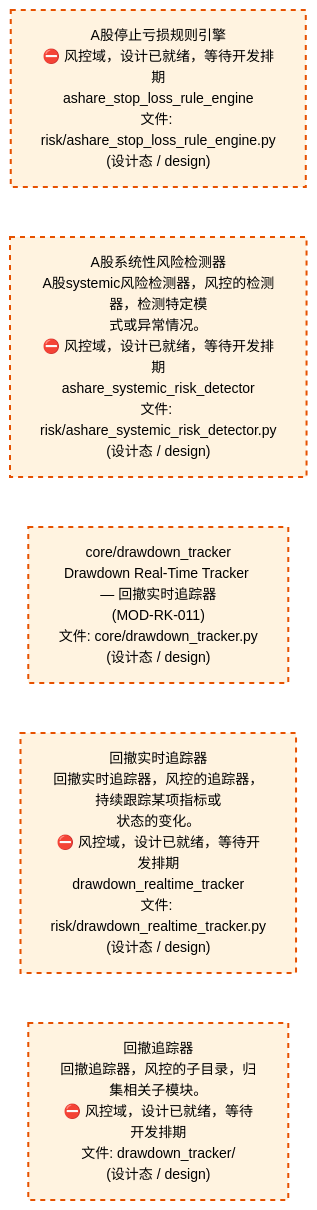
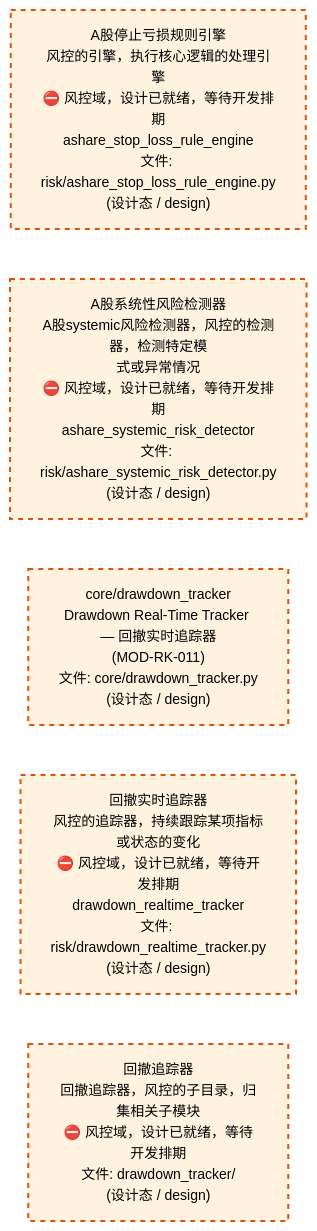
One commit to xuanFelixVan/ZephyrAlpha changed the third of 4 diagrams in docs/02_enterprise_architecture/02_domain_architecture_docs/65_d_risk.md. Above: the diagram before and after it, drawn with Mermaid. The commit also changed other lines of this file and 62 other files, not shown here.

````diff
--- a/docs/02_enterprise_architecture/02_domain_architecture_docs/65_d_risk.md
+++ b/docs/02_enterprise_architecture/02_domain_architecture_docs/65_d_risk.md
@@ -185,18 +183,18 @@
 ```mermaid
 %%{init: {'theme': 'base', 'themeVariables': {'primaryColor': '#eaeaea', 'primaryTextColor': '#333333', 'primaryBorderColor': '#666666', 'lineColor': '#666666', 'secondaryColor': '#eaeaea', 'tertiaryColor': '#eaeaea', 'fontSize': '14px'}}}%%
 flowchart TD
-    src_zephyr_risk_ashare_stop_loss_rule_engine_py["A股停止亏损规则引擎<br/>⛔ 风控域，设计已就绪，等待开发排期<br/>ashare_stop_loss_rule_engine<br/>文件: risk/ashare_stop_loss_rule_engine.py<br/>(设计态 / design)"]
-    src_zephyr_risk_ashare_systemic_risk_detector_py["A股系统性风险检测器<br/>A股systemic风险检测器，风控的检测器，检测特定模<br/>式或异常情况。<br/>⛔ 风控域，设计已就绪，等待开发排期<br/>ashare_systemic_risk_detector<br/>文件: risk/ashare_systemic_risk_detector.py<br/>(设计态 / design)"]
+    src_zephyr_risk_ashare_stop_loss_rule_engine_py["A股停止亏损规则引擎<br/>风控的引擎，执行核心逻辑的处理引擎<br/>⛔ 风控域，设计已就绪，等待开发排期<br/>ashare_stop_loss_rule_engine<br/>文件: risk/ashare_stop_loss_rule_engine.py<br/>(设计态 / design)"]
+    src_zephyr_risk_ashare_systemic_risk_detector_py["A股系统性风险检测器<br/>A股systemic风险检测器，风控的检测器，检测特定模<br/>式或异常情况<br/>⛔ 风控域，设计已就绪，等待开发排期<br/>ashare_systemic_risk_detector<br/>文件: risk/ashare_systemic_risk_detector.py<br/>(设计态 / design)"]
     src_zephyr_risk_core_drawdown_tracker_py["core/drawdown_tracker<br/>Drawdown Real-Time Tracker — 回撤实时追踪器<br/>(MOD-RK-011)<br/>文件: core/drawdown_tracker.py<br/>(设计态 / design)"]
-    src_zephyr_risk_drawdown_realtime_tracker_py["回撤实时追踪器<br/>回撤实时追踪器，风控的追踪器，持续跟踪某项指标或<br/>状态的变化。<br/>⛔ 风控域，设计已就绪，等待开发排期<br/>drawdown_realtime_tracker<br/>文件: risk/drawdown_realtime_tracker.py<br/>(设计态 / design)"]
-    src_zephyr_risk_drawdown_tracker["回撤追踪器<br/>回撤追踪器，风控的子目录，归集相关子模块。<br/>⛔ 风控域，设计已就绪，等待开发排期<br/>文件: drawdown_tracker/<br/>(设计态 / design)"]
+    src_zephyr_risk_drawdown_realtime_tracker_py["回撤实时追踪器<br/>风控的追踪器，持续跟踪某项指标或状态的变化<br/>⛔ 风控域，设计已就绪，等待开发排期<br/>drawdown_realtime_tracker<br/>文件: risk/drawdown_realtime_tracker.py<br/>(设计态 / design)"]
+    src_zephyr_risk_drawdown_tracker["回撤追踪器<br/>回撤追踪器，风控的子目录，归集相关子模块<br/>⛔ 风控域，设计已就绪，等待开发排期<br/>文件: drawdown_tracker/<br/>(设计态 / design)"]
     src_zephyr_risk_ashare_stop_loss_rule_engine_py ~~~ src_zephyr_risk_ashare_systemic_risk_detector_py
     src_zephyr_risk_ashare_systemic_risk_detector_py ~~~ src_zephyr_risk_core_drawdown_tracker_py
     src_zephyr_risk_core_drawdown_tracker_py ~~~ src_zephyr_risk_drawdown_realtime_tracker_py
     src_zephyr_risk_drawdown_realtime_tracker_py ~~~ src_zephyr_risk_drawdown_tracker
     classDef production fill:#e1f5fe,stroke:#01579b,stroke-width:2px,color:#000
     classDef design fill:#fff3e0,stroke:#e65100,stroke-width:2px,color:#000,stroke-dasharray: 5 5
     classDef external_prod fill:#e8f4fd,stroke:#0277bd,stroke-width:1px,color:#000
     classDef external_design fill:#fff8e7,stroke:#ef6c00,stroke-width:1px,color:#000,stroke-dasharray: 5 5
     class src_zephyr_risk_ashare_stop_loss_rule_engine_py,src_zephyr_risk_ashare_systemic_risk_detector_py,src_zephyr_risk_core_drawdown_tracker_py,src_zephyr_risk_drawdown_realtime_tracker_py,src_zephyr_risk_drawdown_tracker design
 ```
````
